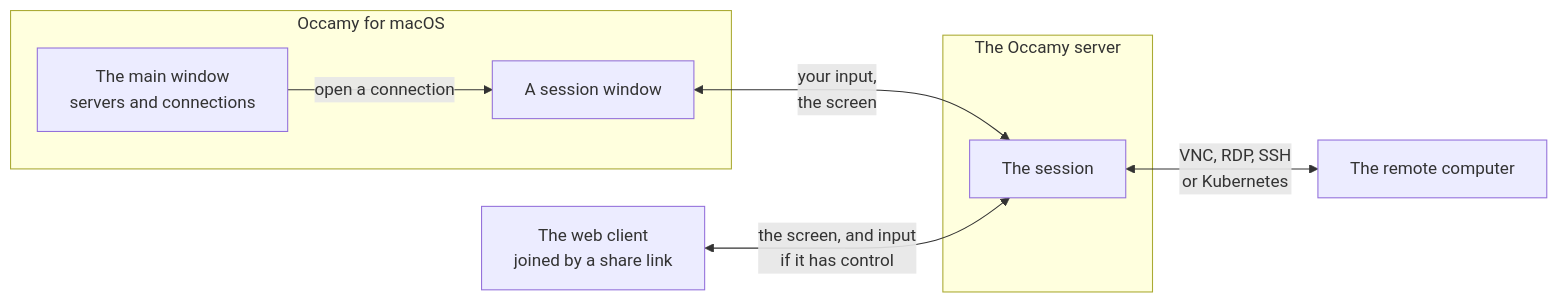
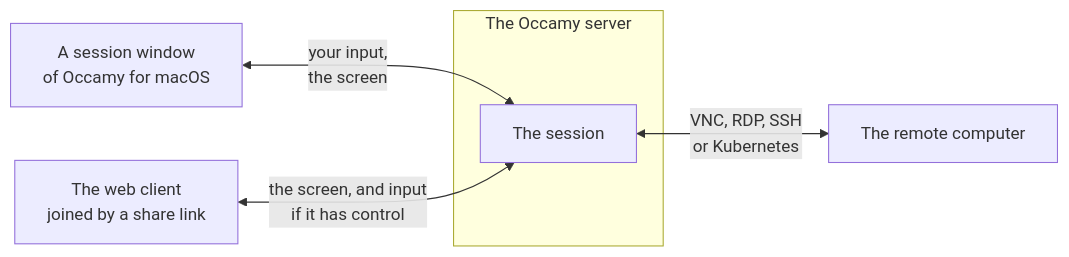
Before and after one commit to changkun/occamy: the first of 2 diagrams in docs/macos-app.md, drawn with Mermaid.

Commit message:
docs: draw the Mac app's overview at a size its labels can be read

````diff
--- a/docs/macos-app.md
+++ b/docs/macos-app.md
@@ -19,14 +19,9 @@
 ```mermaid
 flowchart LR
-  subgraph app["Occamy for macOS"]
-    main["The main window<br/>servers and connections"]
-    window["A session window"]
-  end
-  main -- "open a connection" --> window
-  window <-- "your input,<br/>the screen" --> session
+  window["A session window<br/>of Occamy for macOS"] <-- "your input,<br/>the screen" --> session
   subgraph server["The Occamy server"]
     session["The session"]
   end
   browser["The web client<br/>joined by a share link"] <-- "the screen, and input<br/>if it has control" --> session
   session <-- "VNC, RDP, SSH<br/>or Kubernetes" --> remote["The remote computer"]
 ```
````
